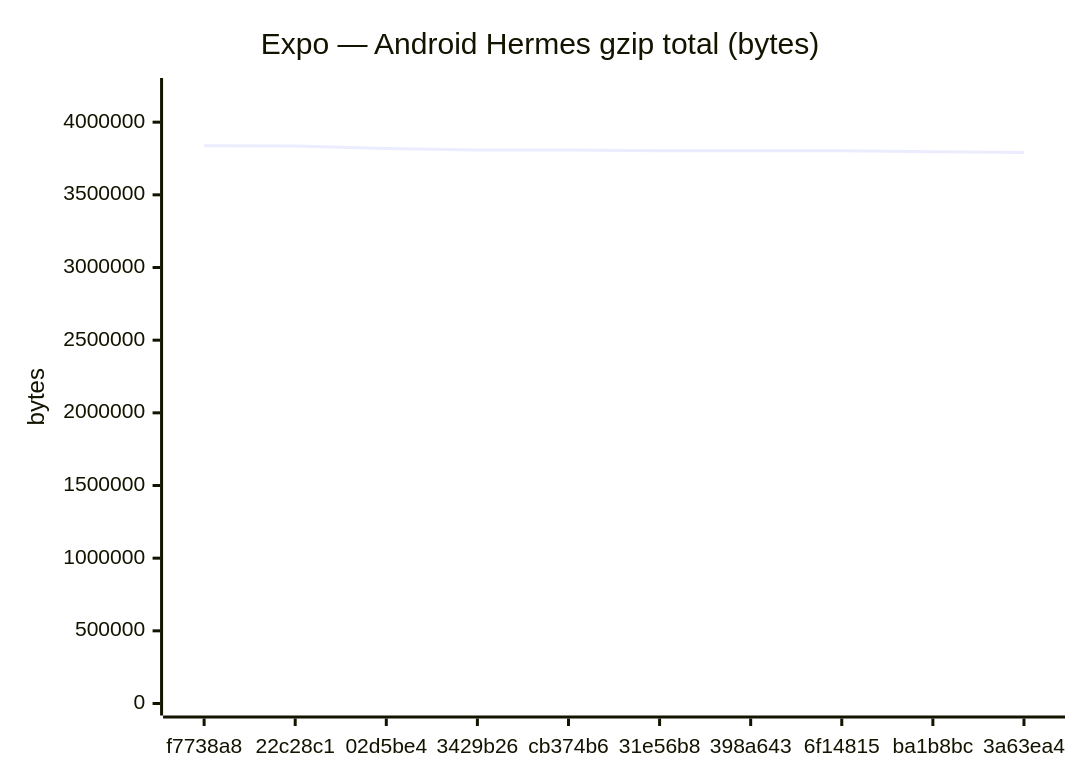
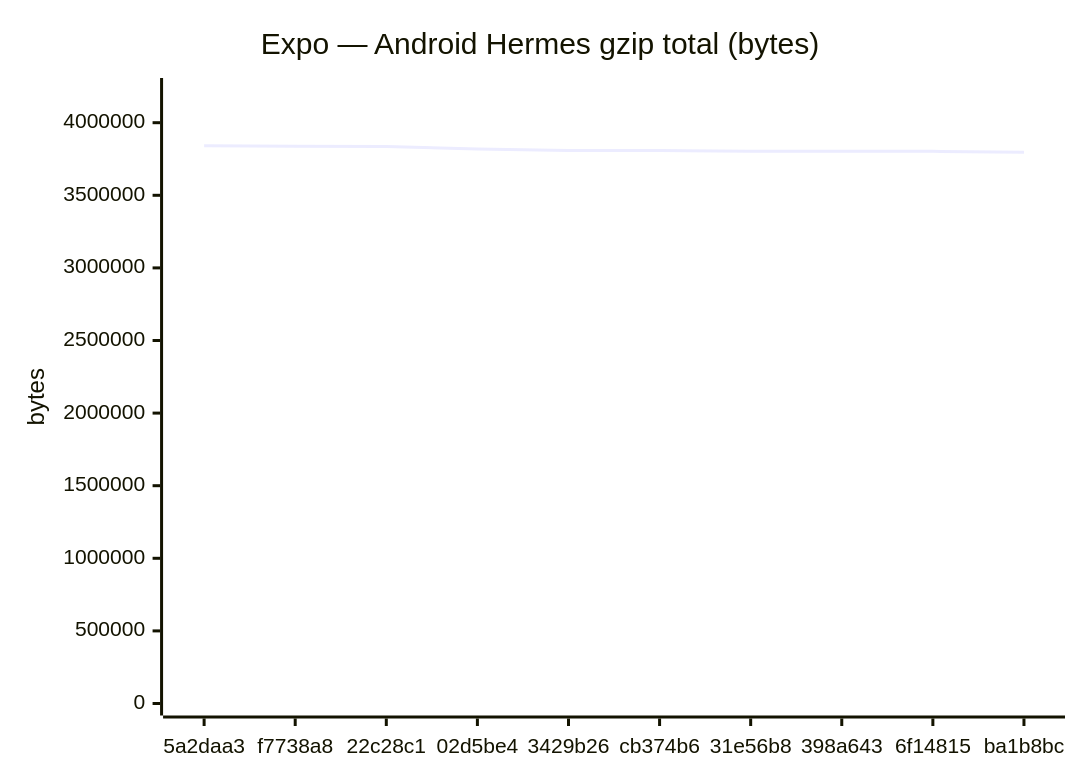
One commit to Metaheurist/Rianell changed the fifth of 18 diagrams in benchmarks/compare.md. Above: the diagram before and after it, drawn with Mermaid. The commit also changed other lines of this file and 11 other files, not shown here.

````diff
--- a/benchmarks/compare.md
+++ b/benchmarks/compare.md
@@ -89,7 +89,7 @@
 ```mermaid
 xychart-beta
     title "Expo — Android Hermes gzip total (bytes)"
-    x-axis ["f7738a8", "22c28c1", "02d5be4", "3429b26", "cb374b6", "31e56b8", "398a643", "6f14815", "ba1b8bc", "3a63ea4"]
-    y-axis "bytes" 0 --> 4221380
-    line [3837618, 3836645, 3819535, 3807947, 3807947, 3802529, 3802528, 3802527, 3796378, 3791714]
+    x-axis ["5a2daa3", "f7738a8", "22c28c1", "02d5be4", "3429b26", "cb374b6", "31e56b8", "398a643", "6f14815", "ba1b8bc"]
+    y-axis "bytes" 0 --> 4225196
+    line [3841087, 3837618, 3836645, 3819535, 3807947, 3807947, 3802529, 3802528, 3802527, 3796378]
 ```
````
